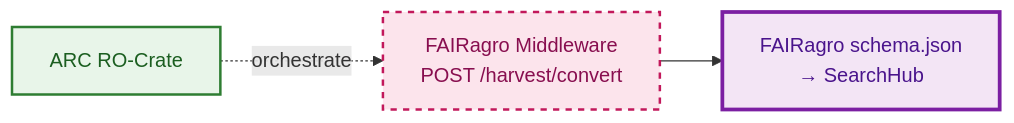
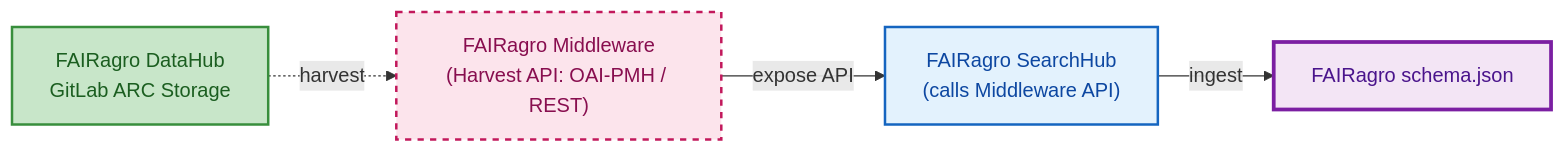
The third of 6 diagrams in docs/slides/fairst-workflow-slides.md (jorgitogb/fairweaver), drawn with Mermaid before and after one commit. The commit also changed other lines of this file and 11 other files, not shown here.

````diff
--- a/docs/slides/fairst-workflow-slides.md
+++ b/docs/slides/fairst-workflow-slides.md
@@ -226,16 +232,21 @@
 ```mermaid
 flowchart LR
-    ARC["ARC RO-Crate"]
-    MW["FAIRagro Middleware<br/>POST /harvest/convert"]
-    B["FAIRagro schema.json<br/>→ SearchHub"]
+    DH["FAIRagro DataHub<br/>GitLab ARC Storage"]
+    MW["FAIRagro Middleware<br/>(Harvest API: OAI-PMH / REST)"]
+    SH["FAIRagro SearchHub<br/>(calls Middleware API)"]
+    B["FAIRagro schema.json"]
 
-    ARC -.->|orchestrate| MW --> B
+    DH -.->|harvest| MW
+    MW -->|expose API| SH
+    SH -->|ingest| B
 
-    classDef arc fill:#e8f5e9,stroke:#2e7d32,stroke-width:2px,color:#1b5e20
+    classDef hub fill:#c8e6c9,stroke:#388e3c,stroke-width:2px,color:#1b5e20
     classDef mw fill:#fce4ec,stroke:#c2185b,stroke-width:2px,stroke-dasharray: 5 5,color:#880e4f
+    classDef search fill:#e3f2fd,stroke:#1565c0,stroke-width:2px,color:#0d47a1
     classDef out fill:#f3e5f5,stroke:#7b1fa2,stroke-width:3px,color:#4a148c
 
-    class ARC arc
+    class DH hub
     class MW mw
+    class SH search
     class B out
 ```
````
